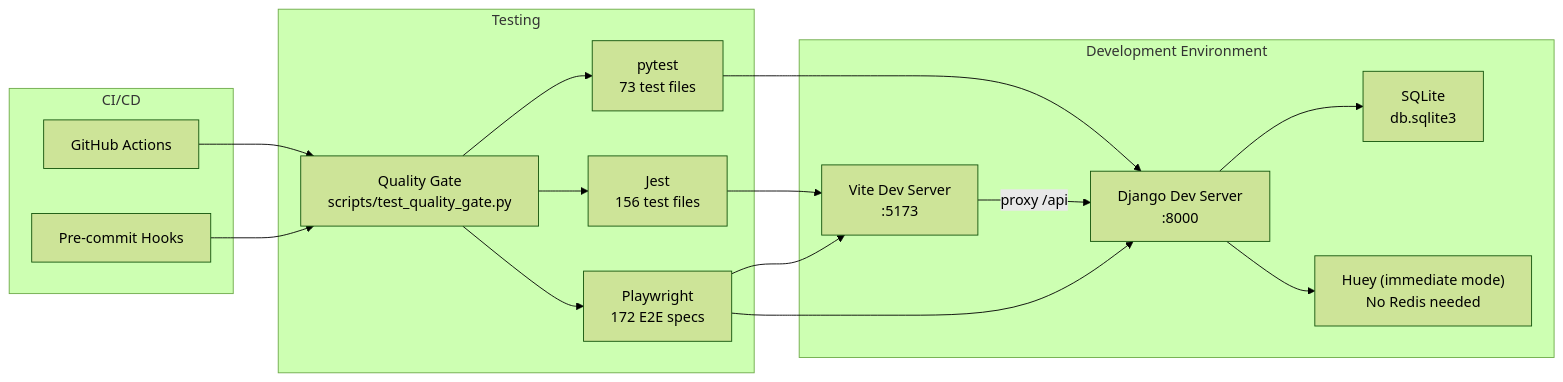
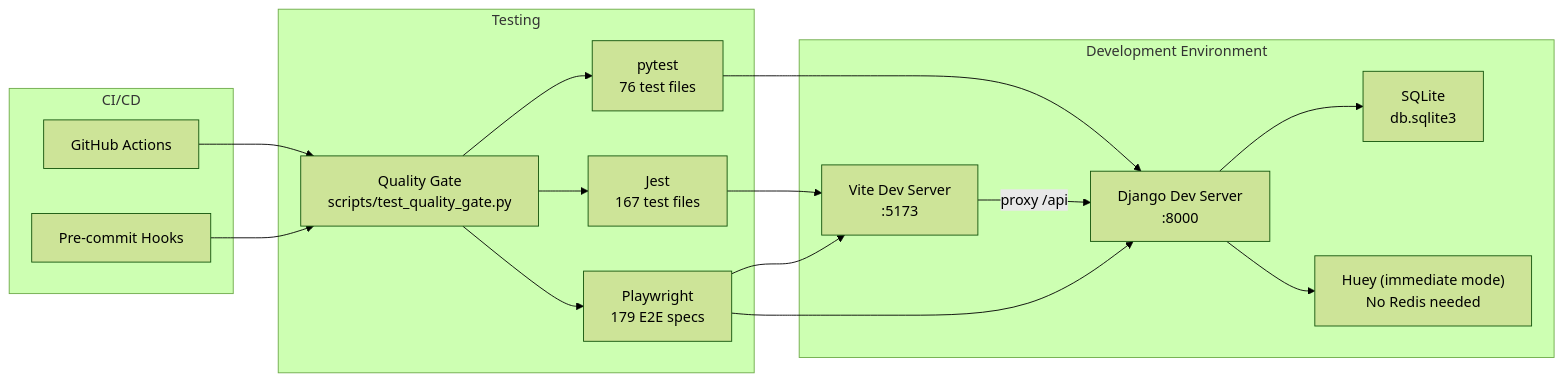
One commit to carlos18bp/gym_project changed the second of 8 diagrams in docs/methodology/architecture.md. Above: the diagram before and after it, drawn with Mermaid (forest theme). The commit also changed other lines of this file and 25 other files, not shown here.

````diff
--- a/docs/methodology/architecture.md
+++ b/docs/methodology/architecture.md
@@ -60,34 +60,34 @@
 ```mermaid
 flowchart LR
     subgraph Dev["Development Environment"]
         Vite["Vite Dev Server\n:5173"]
         Django["Django Dev Server\n:8000"]
         Huey_Imm["Huey (immediate mode)\nNo Redis needed"]
         SQLite["SQLite\ndb.sqlite3"]
     end
 
     subgraph Test["Testing"]
-        Pytest["pytest\n73 test files"]
-        Jest["Jest\n156 test files"]
-        PW["Playwright\n172 E2E specs"]
+        Pytest["pytest\n76 test files"]
+        Jest["Jest\n167 test files"]
+        PW["Playwright\n179 E2E specs"]
         QG["Quality Gate\nscripts/test_quality_gate.py"]
     end
 
     subgraph CI["CI/CD"]
         GHA["GitHub Actions"]
         PreCommit["Pre-commit Hooks"]
     end
 
     Vite -->|"proxy /api"| Django
     Django --> SQLite
     Django --> Huey_Imm
     Pytest --> Django
     Jest --> Vite
     PW --> Vite
     PW --> Django
     QG --> Pytest
     QG --> Jest
     QG --> PW
     GHA --> QG
     PreCommit --> QG
 ```
````
